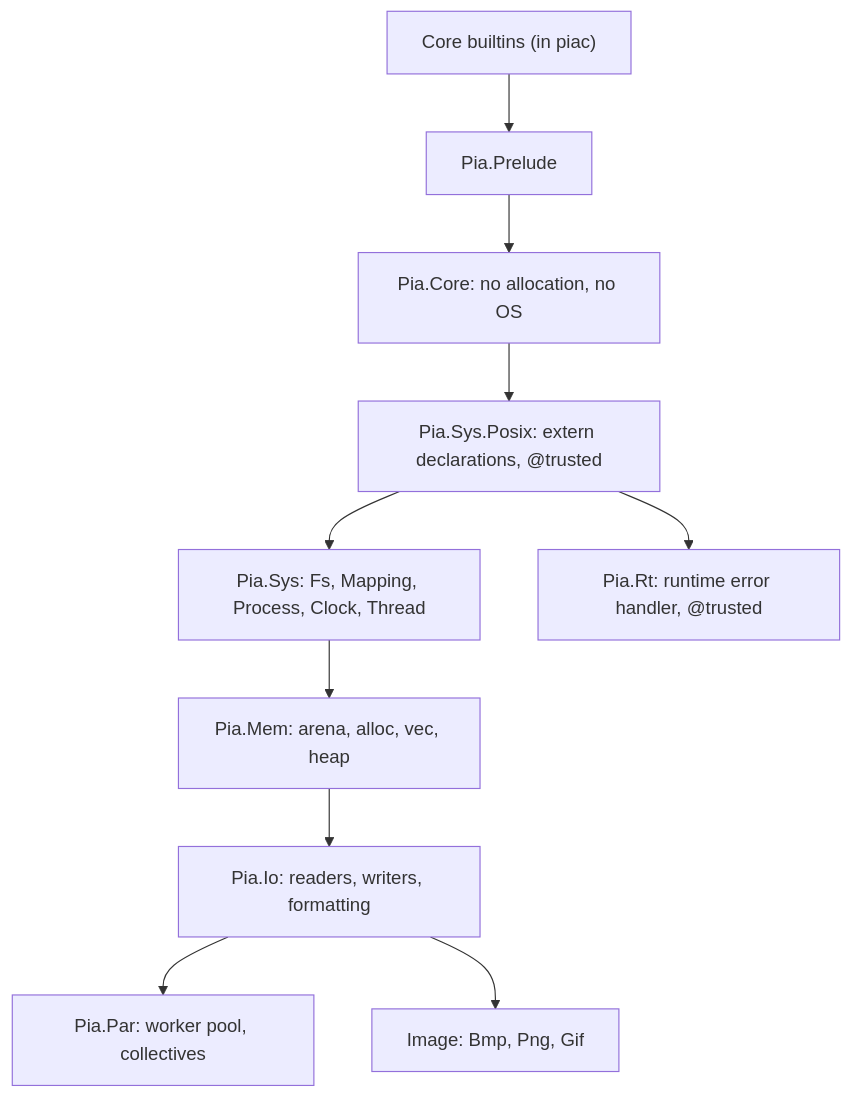
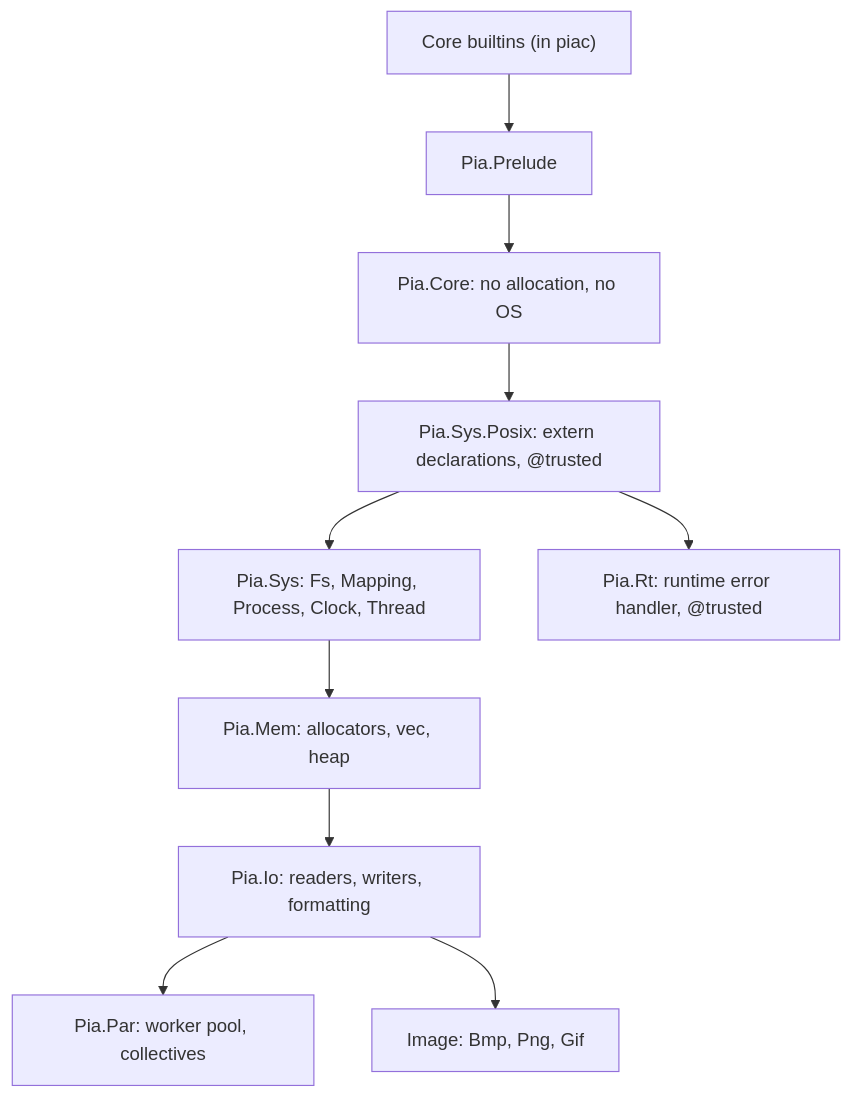
One commit to deanberris/pia-lang changed the diagram in docs/stdlib.md. Above: the diagram before and after it, drawn with Mermaid. The commit also changed other lines of this file and 4 other files, not shown here.

````diff
--- a/docs/stdlib.md
+++ b/docs/stdlib.md
@@ -300,12 +335,12 @@
 ```mermaid
 flowchart TD
   b["Core builtins (in piac)"] --> pre["Pia.Prelude"]
   pre --> core["Pia.Core: no allocation, no OS"]
   core --> posix["Pia.Sys.Posix: extern declarations, @trusted"]
   posix --> sys["Pia.Sys: Fs, Mapping, Process, Clock, Thread"]
   posix --> rt["Pia.Rt: runtime error handler, @trusted"]
-  sys --> mem["Pia.Mem: arena, alloc, vec, heap"]
+  sys --> mem["Pia.Mem: allocators, vec, heap"]
   mem --> io["Pia.Io: readers, writers, formatting"]
   io --> par["Pia.Par: worker pool, collectives"]
   io --> img["Image: Bmp, Png, Gif"]
 ```
````
